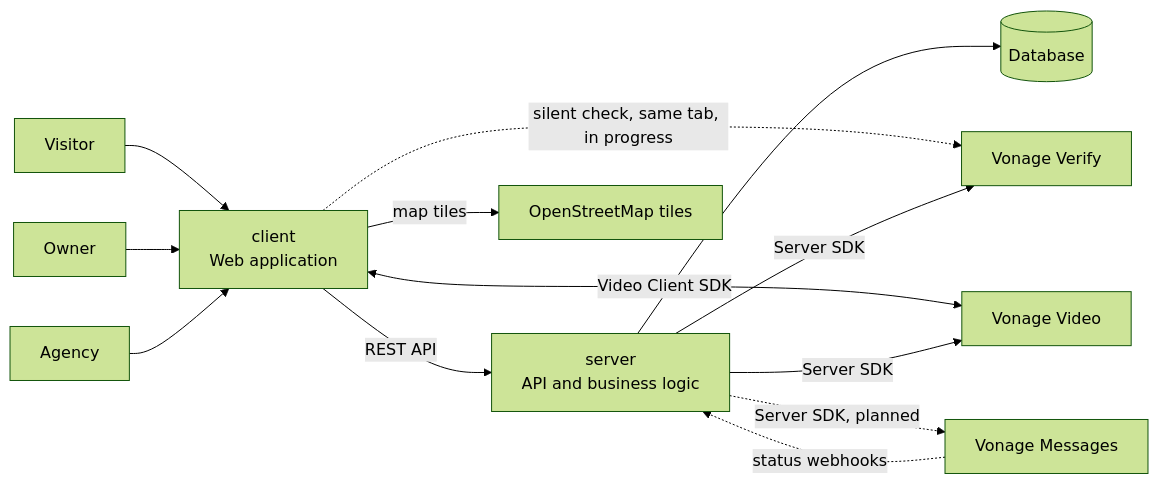
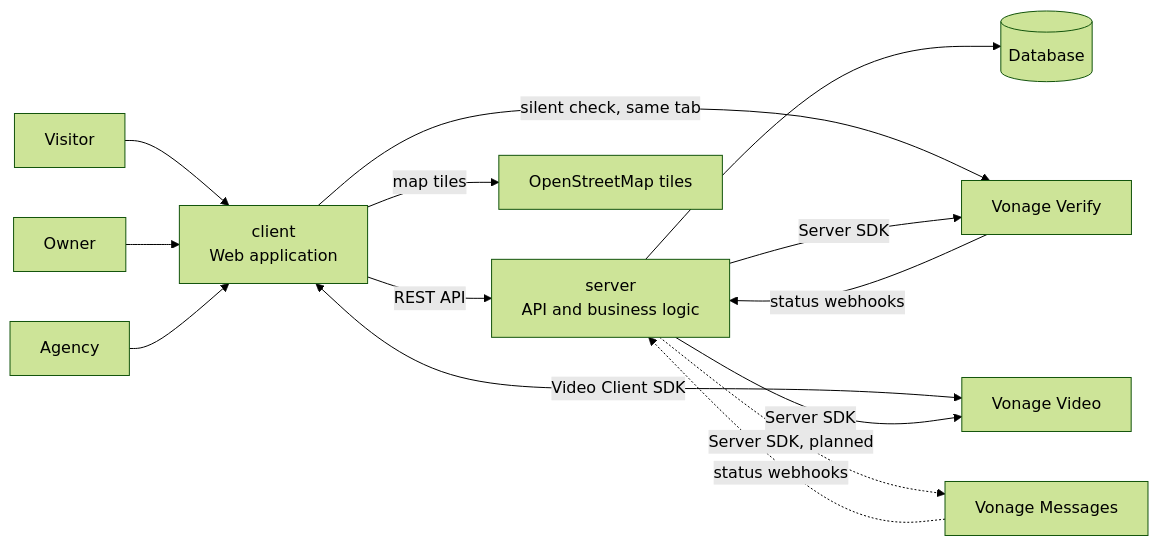
Before and after one commit to femCodersClub-vonage-program/secure-property-viewing: the first of 2 diagrams in docs/architecture/README.md, drawn with Mermaid (forest theme). The commit also changed other lines of this file and 50 other files, not shown here.

````diff
--- a/docs/architecture/README.md
+++ b/docs/architecture/README.md
@@ -7,15 +7,16 @@
 ```mermaid
 flowchart LR
   V[Visitor] --> C
   P[Owner] --> C
   A[Agency] --> C
   C["client<br/>Web application"] -->|REST API| S["server<br/>API and business logic"]
   C <-->|Video Client SDK| VV[Vonage Video]
-  C -.->|silent check, same tab, in progress| VY
+  C -->|silent check, same tab| VY
   C -->|map tiles| OSM[OpenStreetMap tiles]
   S --> DB[(Database)]
   S -->|Server SDK| VY[Vonage Verify]
   S -->|Server SDK| VV
   S -.->|Server SDK, planned| VM[Vonage Messages]
   VM -. status webhooks .-> S
+  VY -->|status webhooks| S
 ```
````
